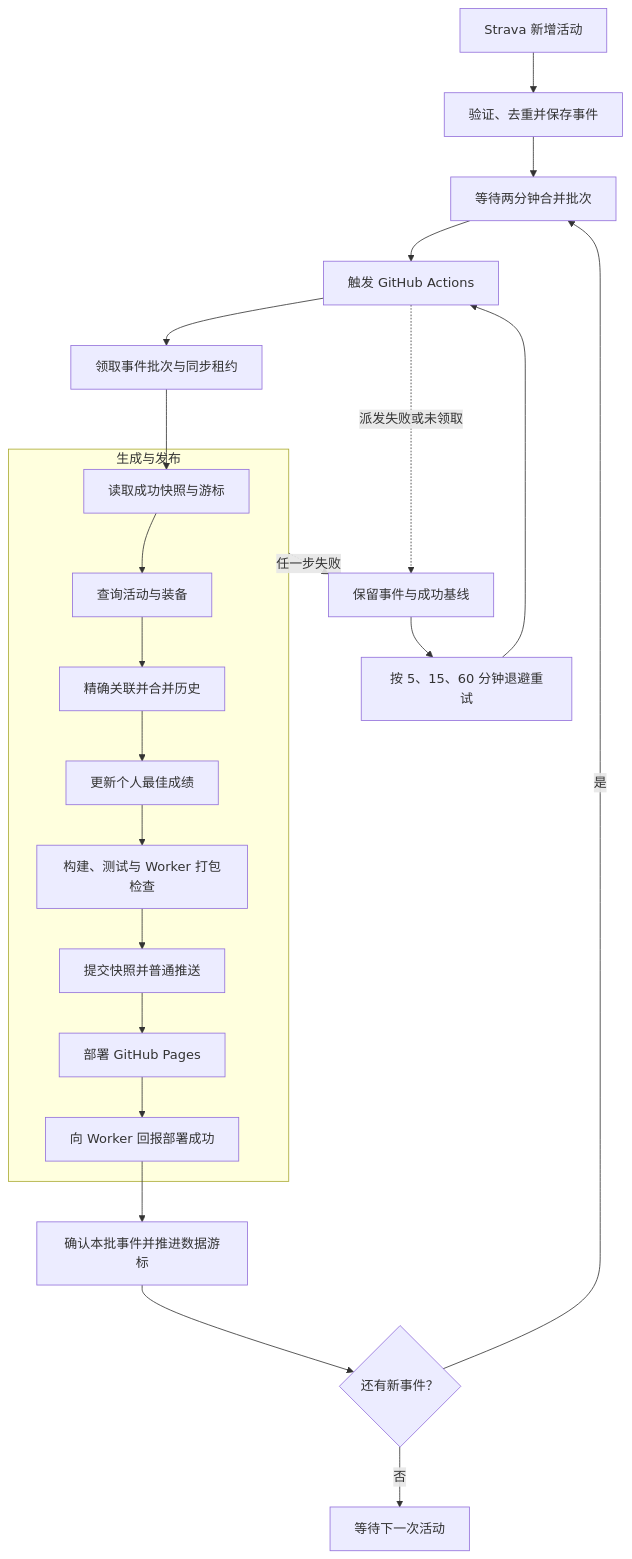
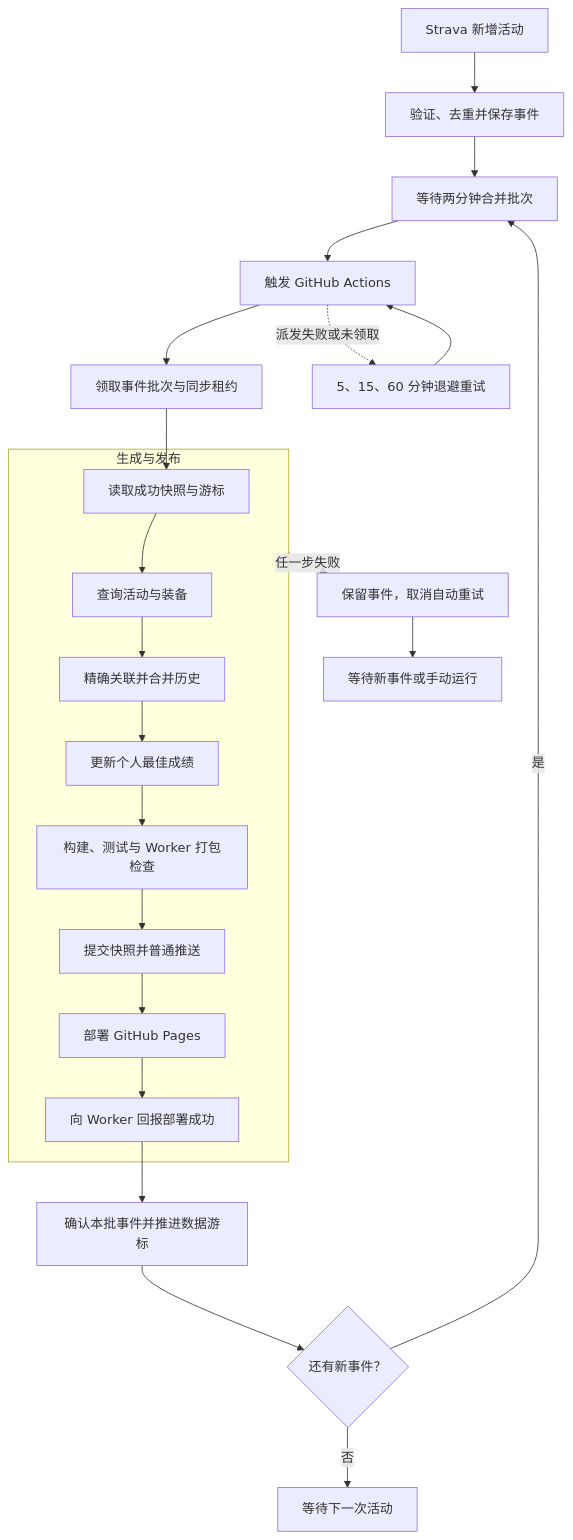
Before and after one commit to Pircate/activity-journal: the second of 3 diagrams in README.md, drawn with Mermaid. The commit also changed other lines of this file and 4 other files, not shown here.

````diff
--- a/README.md
+++ b/README.md
@@ -122,28 +122,28 @@
 ```mermaid
 flowchart TD
   Event[Strava 新增活动] --> Queue[验证、去重并保存事件]
   Queue --> Batch[等待两分钟合并批次]
   Batch --> Dispatch[触发 GitHub Actions]
   Dispatch --> Claim[领取事件批次与同步租约]
   Claim --> Baseline
 
   subgraph Pipeline[生成与发布]
     Baseline[读取成功快照与游标] --> Fetch[查询活动与装备]
     Fetch --> Merge[精确关联并合并历史]
     Merge --> Best[更新个人最佳成绩]
     Best --> Check[构建、测试与 Worker 打包检查]
     Check --> Push[提交快照并普通推送]
     Push --> Deploy[部署 GitHub Pages]
     Deploy --> Receipt[向 Worker 回报部署成功]
   end
 
   Receipt --> Advance[确认本批事件并推进数据游标]
   Advance --> Pending{还有新事件？}
   Pending -->|是| Batch
   Pending -->|否| Idle[等待下一次活动]
 
-  Dispatch -.->|派发失败或未领取| Retry[保留事件与成功基线]
-  Pipeline -.->|任一步失败| Retry
-  Retry --> Backoff[按 5、15、60 分钟退避重试]
-  Backoff --> Dispatch
+  Dispatch -.->|派发失败或未领取| Retry[5、15、60 分钟退避重试]
+  Pipeline -.->|任一步失败| Retain[保留事件，取消自动重试]
+  Retry --> Dispatch
+  Retain --> Wait[等待新事件或手动运行]
 ```
````
